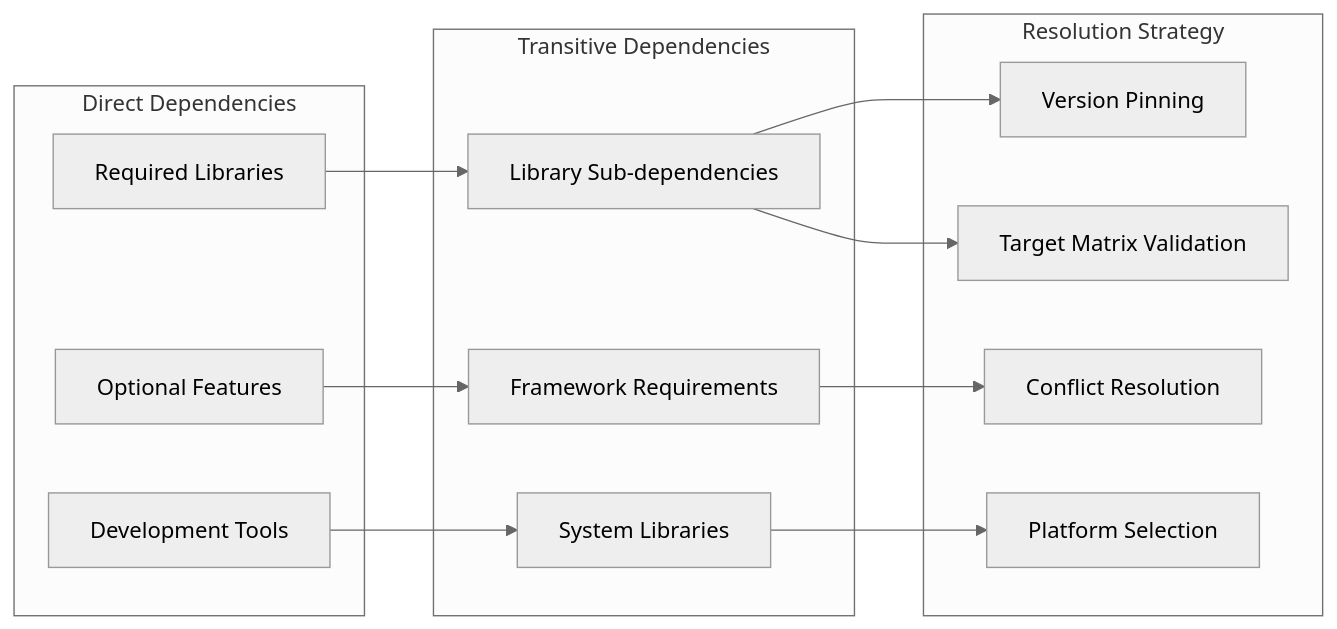
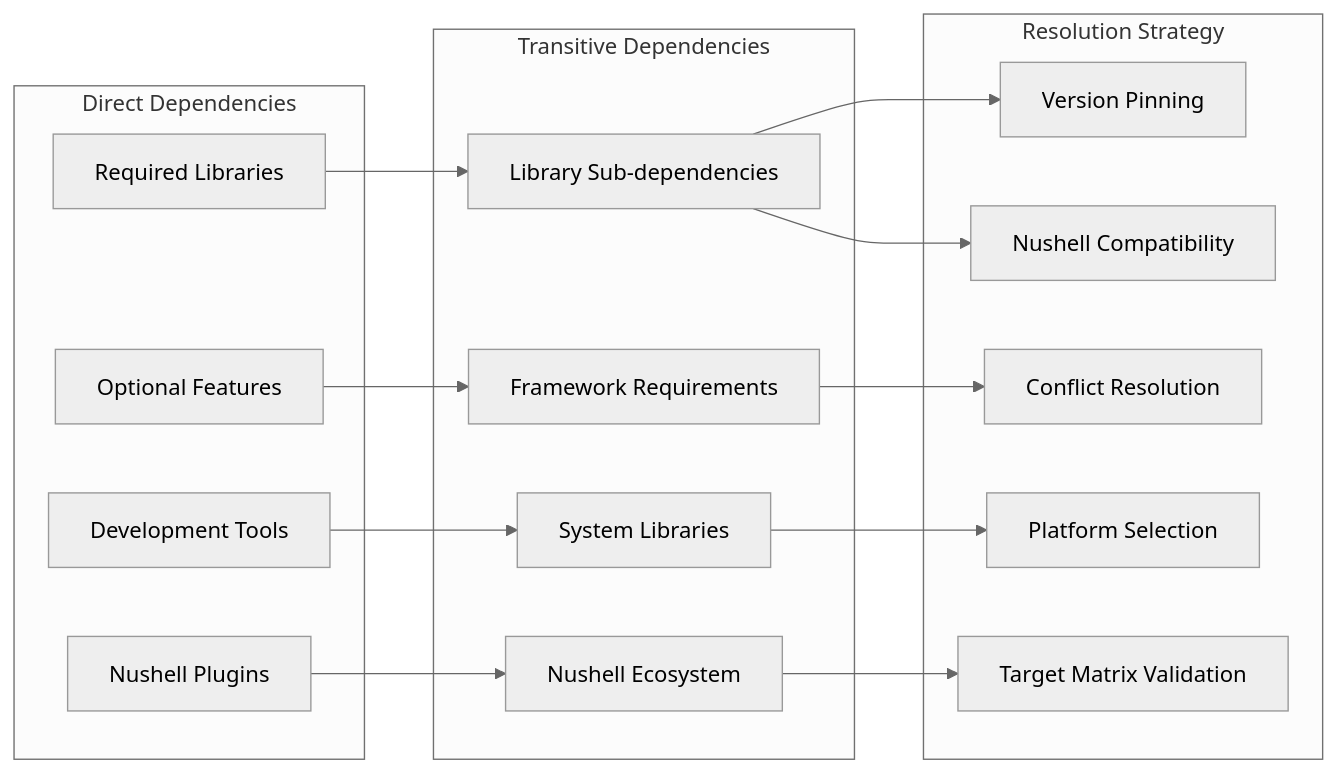
One commit to numan-cli/numan-plugins changed the seventh of 8 diagrams in .qoder/repowiki/en/content/Core Components/Plugin Packaging System.md. Above: the diagram before and after it, drawn with Mermaid (neutral theme). The commit also changed other lines of this file and 18 other files, not shown here.

````diff
--- a/.qoder/repowiki/en/content/Core Components/Plugin Packaging System.md
+++ b/.qoder/repowiki/en/content/Core Components/Plugin Packaging System.md
@@ -329,26 +338,31 @@
 ```mermaid
 graph LR
 subgraph "Direct Dependencies"
 D1[Required Libraries]
 D2[Optional Features]
 D3[Development Tools]
+D4[Nushell Plugins]
 end
 subgraph "Transitive Dependencies"
 T1[Library Sub-dependencies]
 T2[Framework Requirements]
 T3[System Libraries]
+T4[Nushell Ecosystem]
 end
 subgraph "Resolution Strategy"
 R1[Version Pinning]
 R2[Conflict Resolution]
 R3[Platform Selection]
 R4[Target Matrix Validation]
+R5[Nushell Compatibility]
 end
 D1 --> T1
 D2 --> T2
 D3 --> T3
+D4 --> T4
 T1 --> R1
 T2 --> R2
 T3 --> R3
-T1 --> R4
+T4 --> R4
+T1 --> R5
 ```
````
